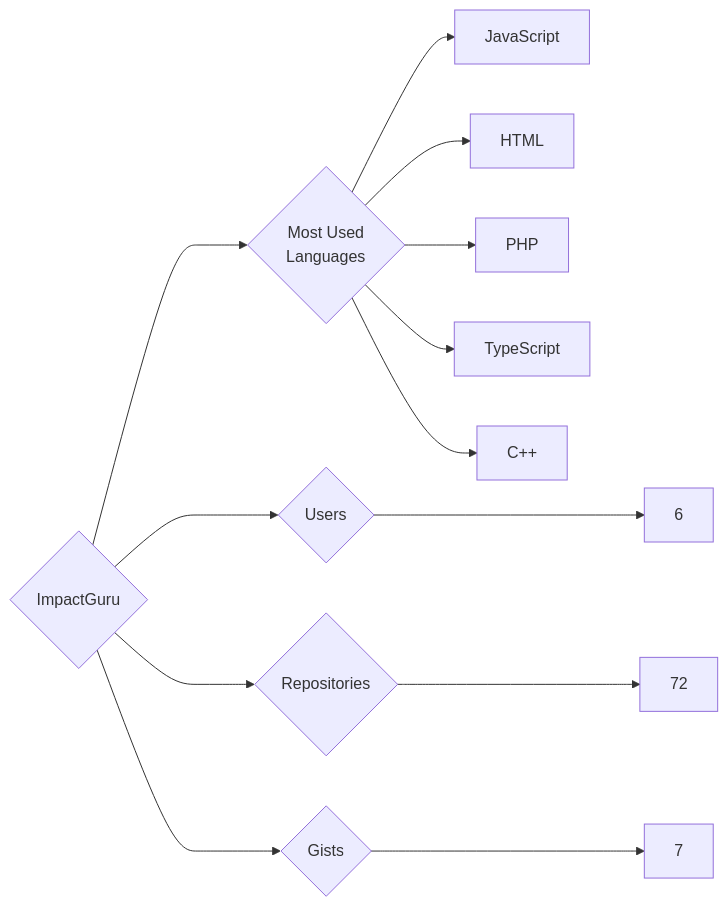
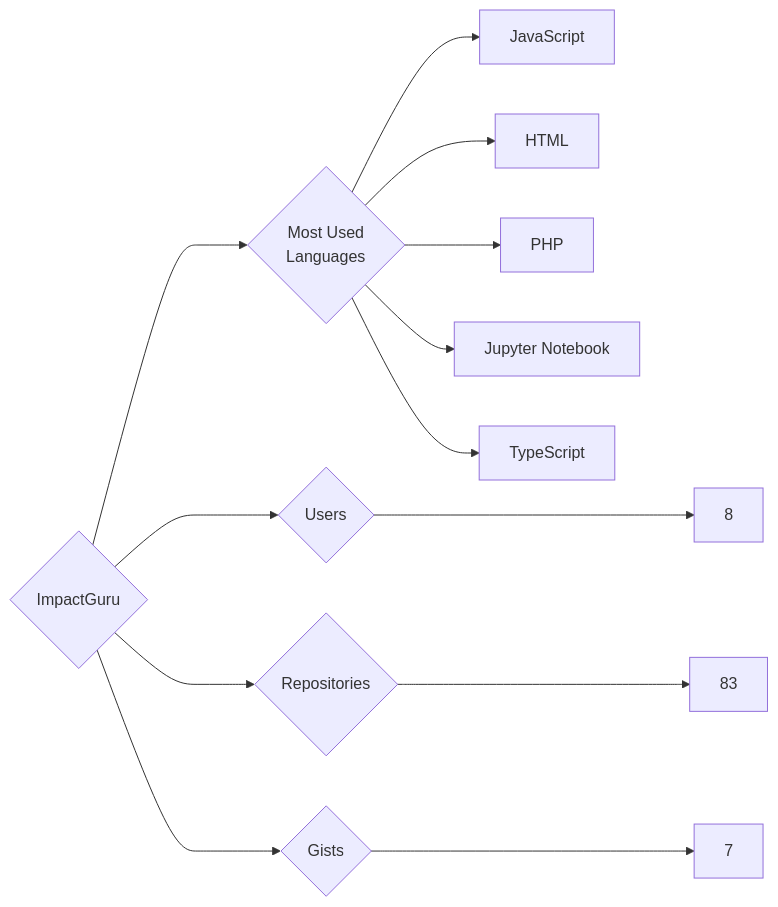
Before and after one commit to trickest/insiders: the diagram in targets/ImpactGuru/README.md, drawn with Mermaid. The commit also changed 1088 other files, not shown here.

````diff
--- a/targets/ImpactGuru/README.md
+++ b/targets/ImpactGuru/README.md
@@ -3,13 +3,13 @@
 ```mermaid
 graph LR
 COMPANY_NAME{ImpactGuru}
-COMPANY_NAME ---> U{Users} ---> UN[6]
-COMPANY_NAME ---> R{Repositories} ---> RN[72]
+COMPANY_NAME ---> U{Users} ---> UN[8]
+COMPANY_NAME ---> R{Repositories} ---> RN[83]
 COMPANY_NAME ---> G{Gists} ---> GN[7]
 COMPANY_NAME ---> ML{Most Used<br>Languages}
 ML --> JavaScript[JavaScript]
 ML --> HTML[HTML]
 ML --> PHP[PHP]
+ML --> Jupyter_Notebook[Jupyter Notebook]
 ML --> TypeScript[TypeScript]
-ML --> C++[C++]
 ```
````
